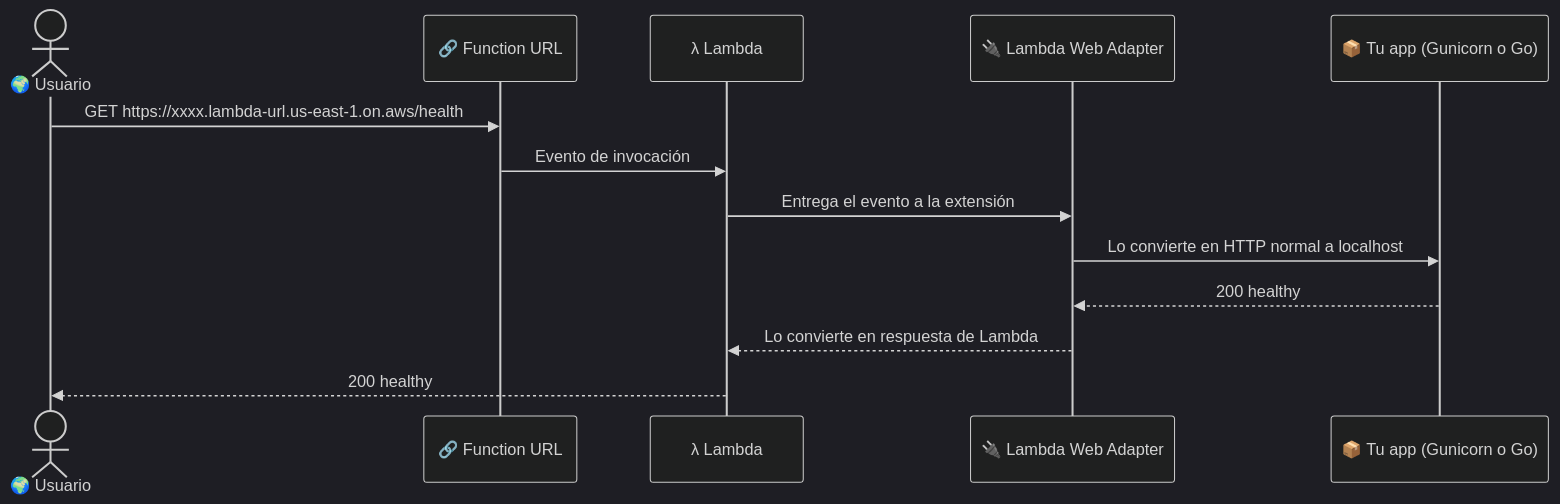
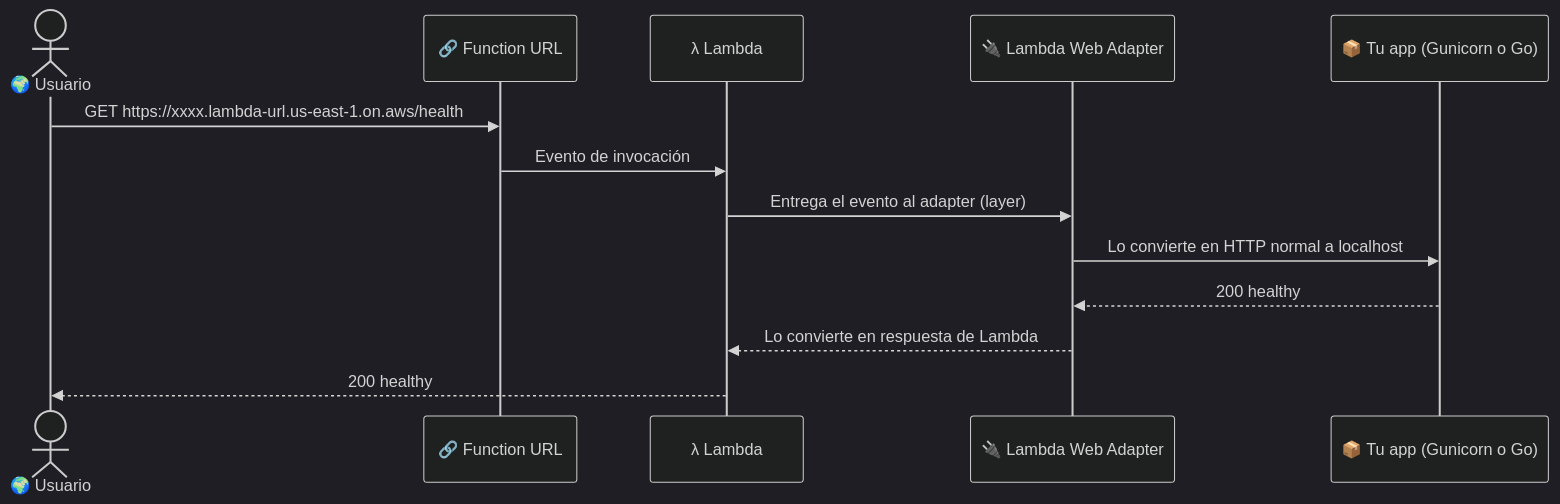
One commit to yembertQC/Reto_Platform-Enginner_ED-Team changed the fourth of 5 diagrams in doc/02-Arquitectura.md. Above: the diagram before and after it, drawn with Mermaid (dark theme). The commit also changed other lines of this file and 28 other files, not shown here.

````diff
--- a/doc/02-Arquitectura.md
+++ b/doc/02-Arquitectura.md
@@ -131,16 +129,16 @@
 ```mermaid
 sequenceDiagram
     actor U as 🌍 Usuario
     participant URL as 🔗 Function URL
     participant L as λ Lambda
     participant A as 🔌 Lambda Web Adapter
     participant APP as 📦 Tu app (Gunicorn o Go)
 
     U->>URL: GET https://xxxx.lambda-url.us-east-1.on.aws/health
     URL->>L: Evento de invocación
-    L->>A: Entrega el evento a la extensión
+    L->>A: Entrega el evento al adapter (layer)
     A->>APP: Lo convierte en HTTP normal a localhost
     APP-->>A: 200 healthy
     A-->>L: Lo convierte en respuesta de Lambda
     L-->>U: 200 healthy
 ```
````
